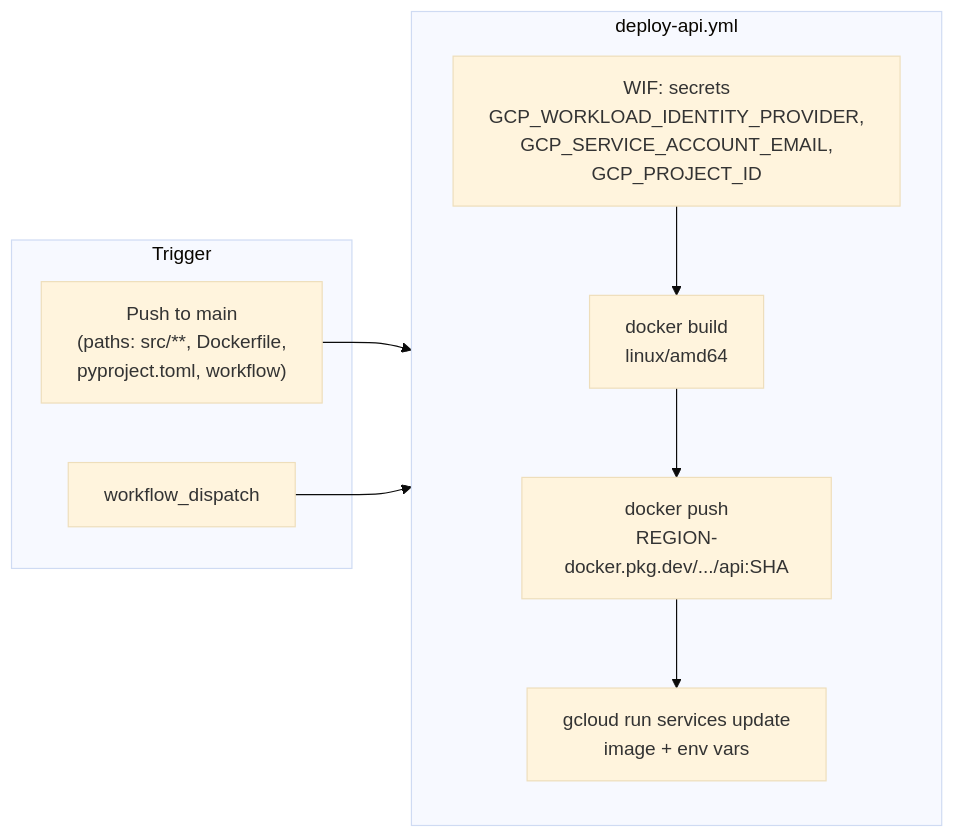
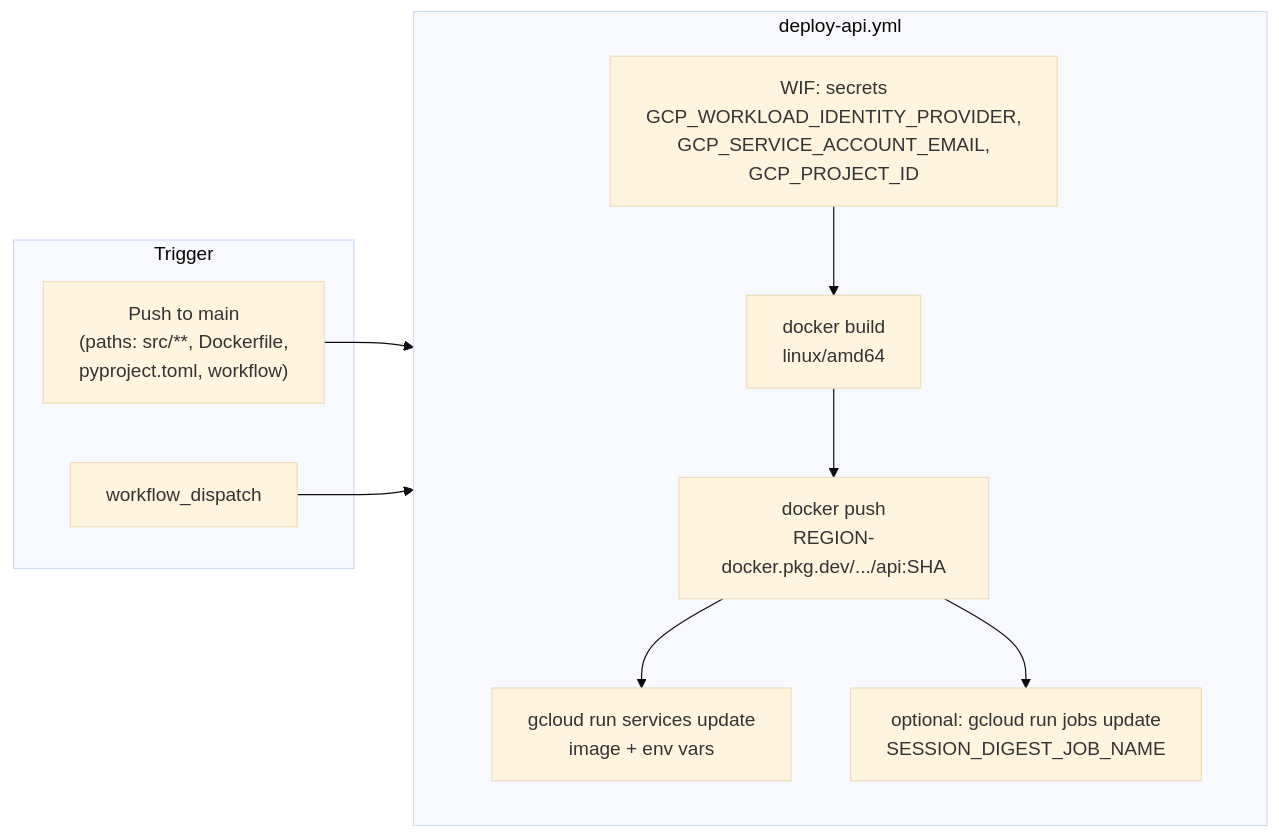
The second of 6 diagrams in docs/ARCHITECTURE.md (ak47/digital_twin), drawn with Mermaid (base theme) before and after one commit. The commit also changed other lines of this file and 11 other files, not shown here.

````diff
--- a/docs/ARCHITECTURE.md
+++ b/docs/ARCHITECTURE.md
@@ -68,18 +72,20 @@
 ```mermaid
 flowchart LR
     subgraph trigger["Trigger"]
         Push["Push to main\n(paths: src/**, Dockerfile,\npyproject.toml, workflow)"]
         WD["workflow_dispatch"]
     end
 
     subgraph gha["deploy-api.yml"]
         Auth["WIF: secrets\nGCP_WORKLOAD_IDENTITY_PROVIDER,\nGCP_SERVICE_ACCOUNT_EMAIL,\nGCP_PROJECT_ID"]
         Build["docker build\nlinux/amd64"]
         PushImg["docker push\nREGION-docker.pkg.dev/.../api:SHA"]
         Upd["gcloud run services update\nimage + env vars"]
+        JobImg["optional: gcloud run jobs update\nSESSION_DIGEST_JOB_NAME"]
     end
 
     Push --> gha
     WD --> gha
     Auth --> Build --> PushImg --> Upd
+    PushImg --> JobImg
 ```
````
